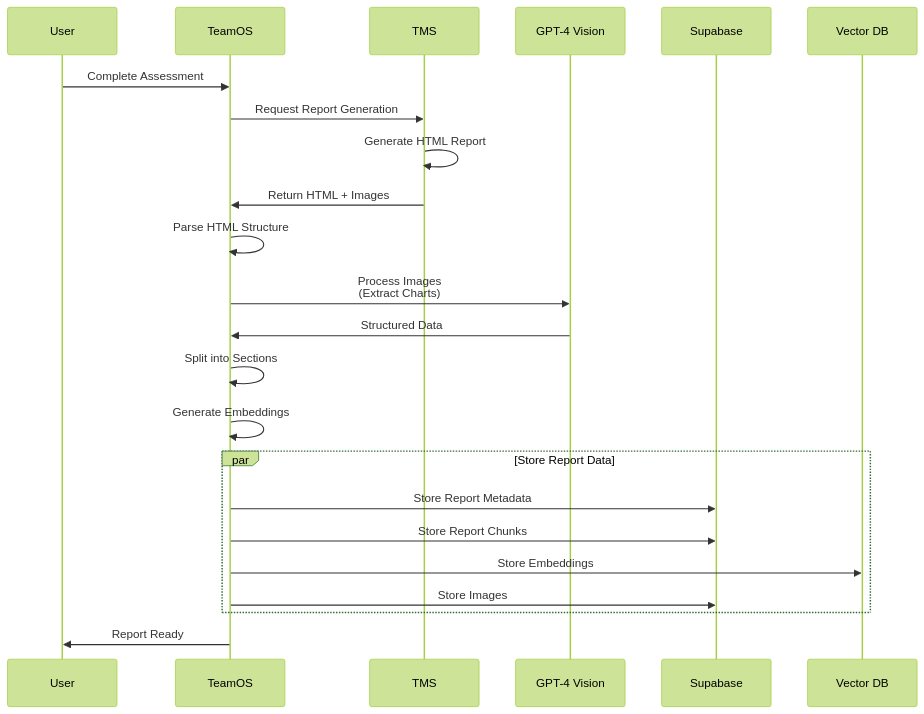
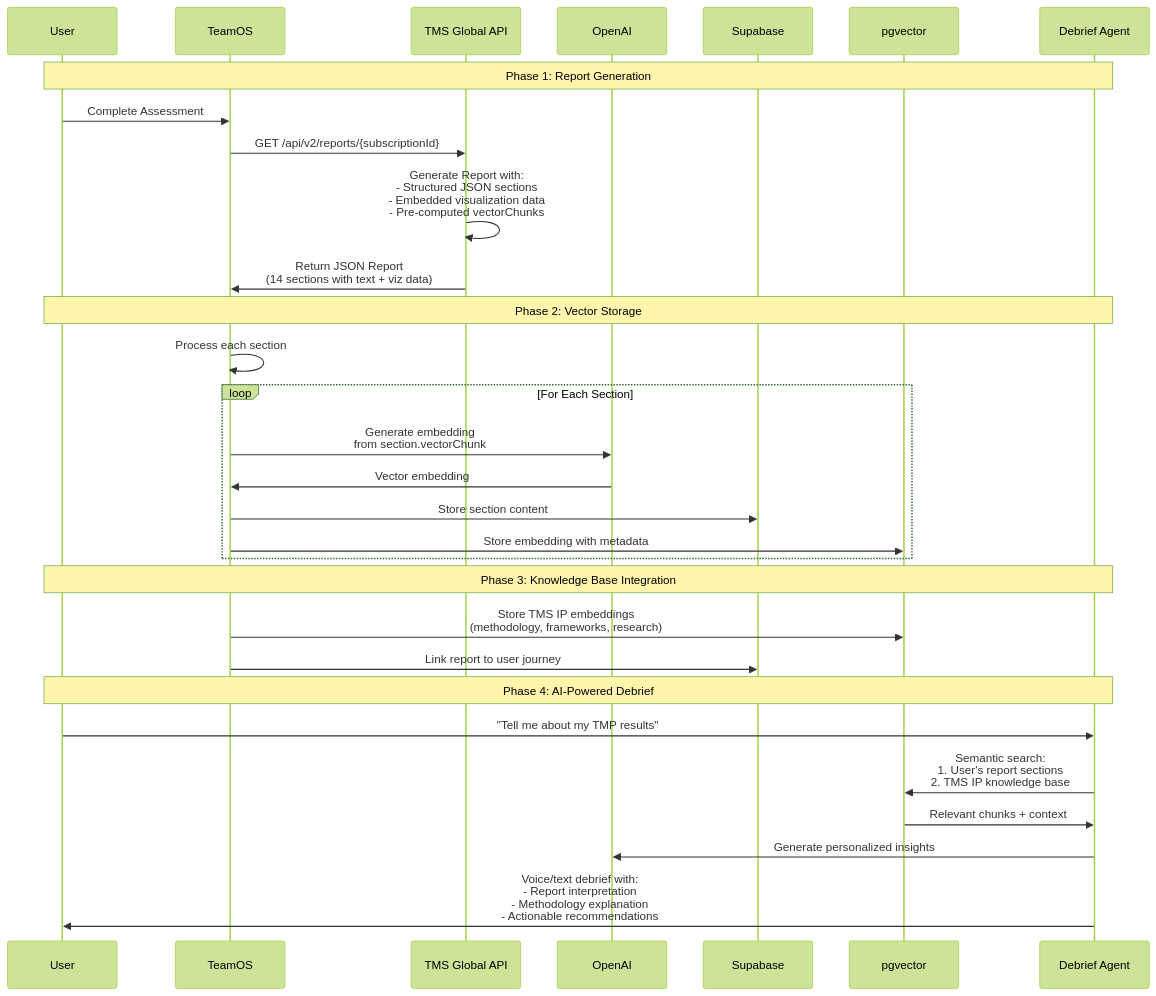
The sixth of 11 diagrams in docs/tms-api-spec/SYSTEM-ARCHITECTURE.md (tmscoach/teamOS-Agents-Demo), drawn with Mermaid (forest theme) before and after one commit. The commit also changed other lines of this file, not shown here.

First line of the commit message:
docs: Update system architecture for report processing and debrief

````diff
--- a/docs/tms-api-spec/SYSTEM-ARCHITECTURE.md
+++ b/docs/tms-api-spec/SYSTEM-ARCHITECTURE.md
@@ -243,30 +243,36 @@
 ```mermaid
 sequenceDiagram
     participant User
     participant TeamOS
-    participant TMS
-    participant GPT4V as GPT-4 Vision
+    participant TMS as TMS Global API
+    participant OpenAI
     participant Supabase
-    participant Vector as Vector DB
+    participant Vector as pgvector
+    participant Agent as Debrief Agent
     
+    Note over User,Agent: Phase 1: Report Generation
     User->>TeamOS: Complete Assessment
-    TeamOS->>TMS: Request Report Generation
-    TMS->>TMS: Generate HTML Report
-    TMS->>TeamOS: Return HTML + Images
+    TeamOS->>TMS: GET /api/v2/reports/{subscriptionId}
+    TMS->>TMS: Generate Report with:<br/>- Structured JSON sections<br/>- Embedded visualization data<br/>- Pre-computed vectorChunks
+    TMS->>TeamOS: Return JSON Report<br/>(14 sections with text + viz data)
     
-    TeamOS->>TeamOS: Parse HTML Structure
-    TeamOS->>GPT4V: Process Images<br/>(Extract Charts)
-    GPT4V->>TeamOS: Structured Data
-    
-    TeamOS->>TeamOS: Split into Sections
-    TeamOS->>TeamOS: Generate Embeddings
-    
-    par Store Report Data
-        TeamOS->>Supabase: Store Report Metadata
-        TeamOS->>Supabase: Store Report Chunks
-        TeamOS->>Vector: Store Embeddings
-        TeamOS->>Supabase: Store Images
+    Note over User,Agent: Phase 2: Vector Storage
+    TeamOS->>TeamOS: Process each section
+    loop For Each Section
+        TeamOS->>OpenAI: Generate embedding<br/>from section.vectorChunk
+        OpenAI->>TeamOS: Vector embedding
+        TeamOS->>Supabase: Store section content
+        TeamOS->>Vector: Store embedding with metadata
     end
     
-    TeamOS->>User: Report Ready
+    Note over User,Agent: Phase 3: Knowledge Base Integration
+    TeamOS->>Vector: Store TMS IP embeddings<br/>(methodology, frameworks, research)
+    TeamOS->>Supabase: Link report to user journey
+    
+    Note over User,Agent: Phase 4: AI-Powered Debrief
+    User->>Agent: "Tell me about my TMP results"
+    Agent->>Vector: Semantic search:<br/>1. User's report sections<br/>2. TMS IP knowledge base
+    Vector->>Agent: Relevant chunks + context
+    Agent->>OpenAI: Generate personalized insights
+    Agent->>User: Voice/text debrief with:<br/>- Report interpretation<br/>- Methodology explanation<br/>- Actionable recommendations
 ```
````
